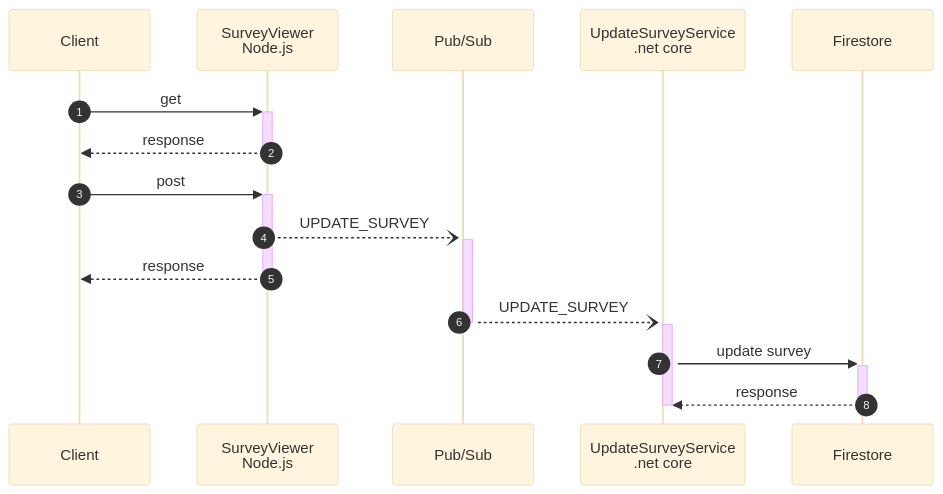
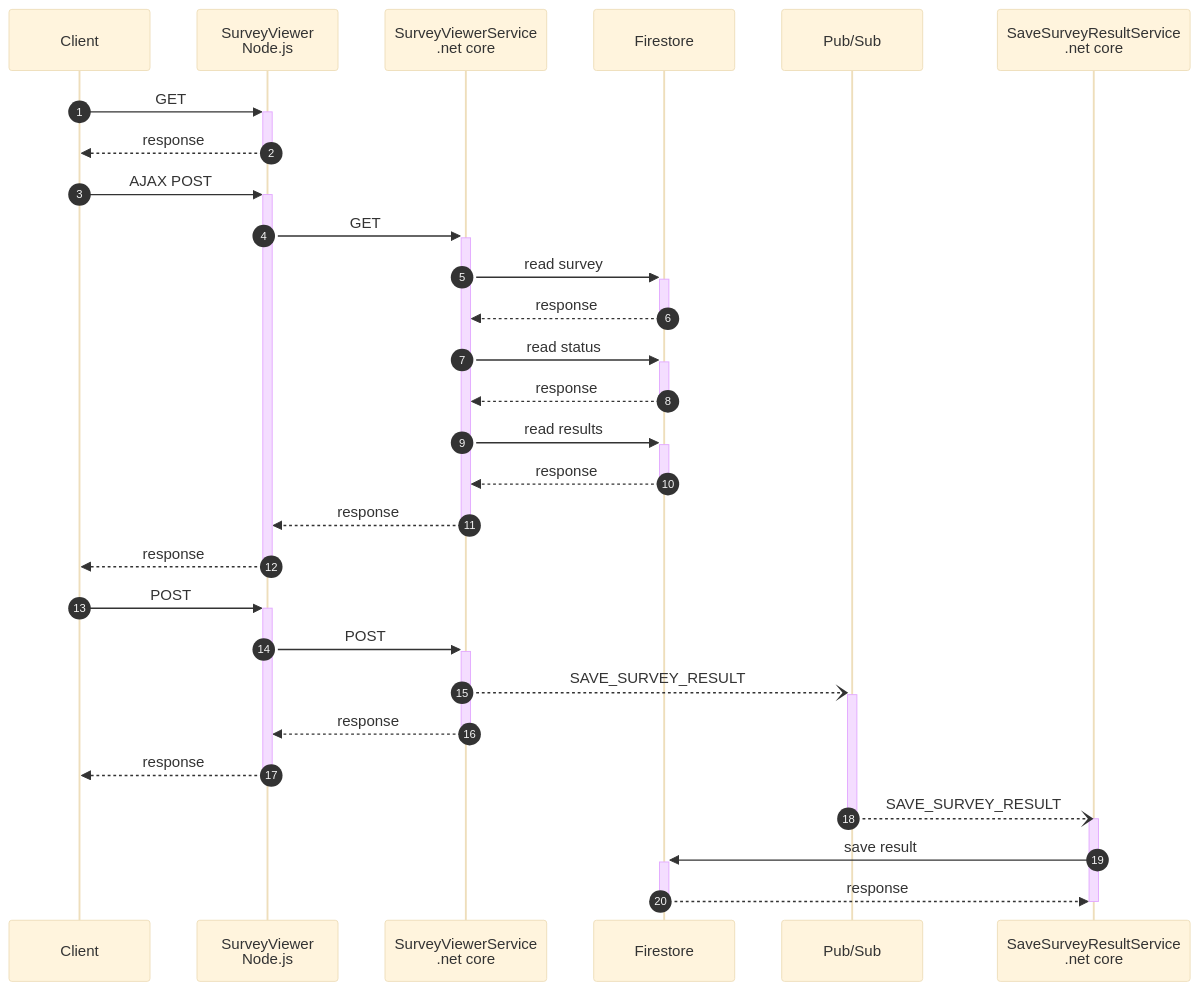
One commit to MichaelDiers/surveys changed the diagram in doc/Vote.md. Above: the diagram before and after it, drawn with Mermaid (base theme). The commit also changed 7 other files, not shown here.

````diff
--- a/doc/Vote.md
+++ b/doc/Vote.md
@@ -1,22 +1,35 @@
 ```mermaid
 sequenceDiagram
     autonumber
     participant C as Client
     participant SV as SurveyViewer<br>Node.js
+    participant SVS as SurveyViewerService<br>.net core
+    participant FS as Firestore
     participant PS as Pub/Sub
-    participant US as UpdateSurveyService<br>.net core
-    participant FS as Firestore
-    C->>+SV: get
-    SV-->>-C: response    
-    C->>+SV: post
-    SV--)+PS: UPDATE_SURVEY
-    activate PS
+    participant SSRS as SaveSurveyResultService<br>.net core
+    %% GET
+    C->>+SV: GET
     SV-->>-C: response
-    PS--)+US: UPDATE_SURVEY
+    C->>+SV: AJAX POST
+    SV->>+SVS: GET
+    SVS->>+FS: read survey
+    FS-->>-SVS: response
+    SVS->>+FS: read status
+    FS-->>-SVS: response
+    SVS->>+FS: read results
+    FS-->>-SVS: response
+    SVS-->>-SV: response
+    SV-->>-C: response
+    %% POST
+    C->>+SV: POST
+    SV->>+SVS: POST
+    SVS--)+PS: SAVE_SURVEY_RESULT
+    SVS-->>-SV: response
+    SV-->>-C: response
+    PS--)SSRS: SAVE_SURVEY_RESULT
     deactivate PS
-    activate US
-    US->>+FS: update survey
-    FS-->>-US: response
-    deactivate US
-
+    activate SSRS
+    SSRS->>+FS: save result
+    FS-->>-SSRS: response
+    deactivate SSRS
 ```
````
